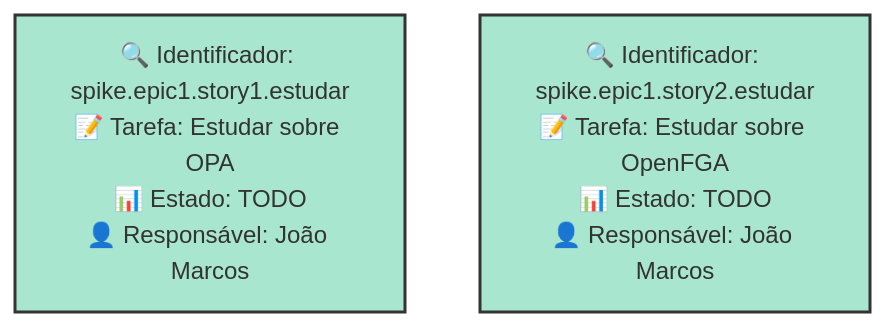
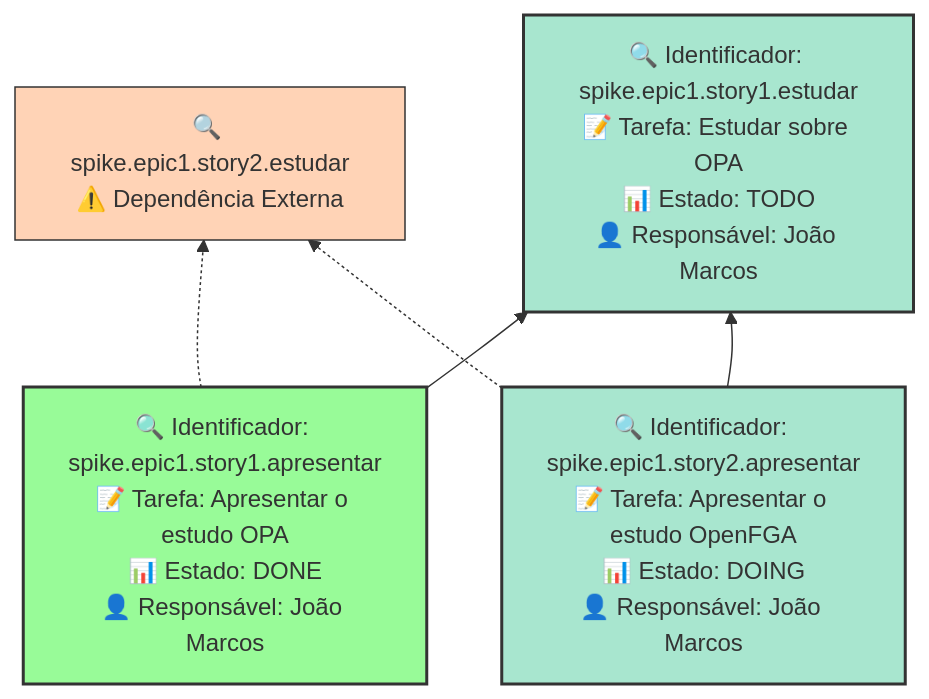
One commit to the-made-project/leds-tools-made-gestao changed the diagram in example/docs/management/sprints/estudo.md. Above: the diagram before and after it, drawn with Mermaid. The commit also changed other lines of this file and 9 other files, not shown here.

````diff
--- a/example/docs/management/sprints/estudo.md
+++ b/example/docs/management/sprints/estudo.md
@@ -23,8 +24,14 @@
 ```mermaid
 graph BT
     classDef sprint fill:#a8e6cf,stroke:#333,stroke-width:2px;
     classDef done fill:#98fb98,stroke:#333,stroke-width:2px;
     classDef external fill:#ffd3b6,stroke:#333,stroke-width:1px;
+    spike.epic1.story2.estudar["🔍 spike.epic1.story2.estudar<br>⚠️ Dependência Externa"]:::external
     spike.epic1.story1.estudar["🔍 Identificador: spike.epic1.story1.estudar<br>📝 Tarefa: Estudar sobre OPA<br>📊 Estado: TODO<br>👤 Responsável: João Marcos "]:::sprint
-    spike.epic1.story2.estudar["🔍 Identificador: spike.epic1.story2.estudar<br>📝 Tarefa: Estudar sobre OpenFGA<br>📊 Estado: TODO<br>👤 Responsável: João Marcos "]:::sprint
+    spike.epic1.story1.apresentar["🔍 Identificador: spike.epic1.story1.apresentar<br>📝 Tarefa: Apresentar o estudo OPA<br>📊 Estado: DONE<br>👤 Responsável: João Marcos "]:::done
+    spike.epic1.story2.apresentar["🔍 Identificador: spike.epic1.story2.apresentar<br>📝 Tarefa: Apresentar o estudo OpenFGA<br>📊 Estado: DOING<br>👤 Responsável: João Marcos "]:::sprint
+    spike.epic1.story1.apresentar -.-> spike.epic1.story2.estudar
+    spike.epic1.story1.apresentar --> spike.epic1.story1.estudar
+    spike.epic1.story2.apresentar -.-> spike.epic1.story2.estudar
+    spike.epic1.story2.apresentar --> spike.epic1.story1.estudar
 ```
````
